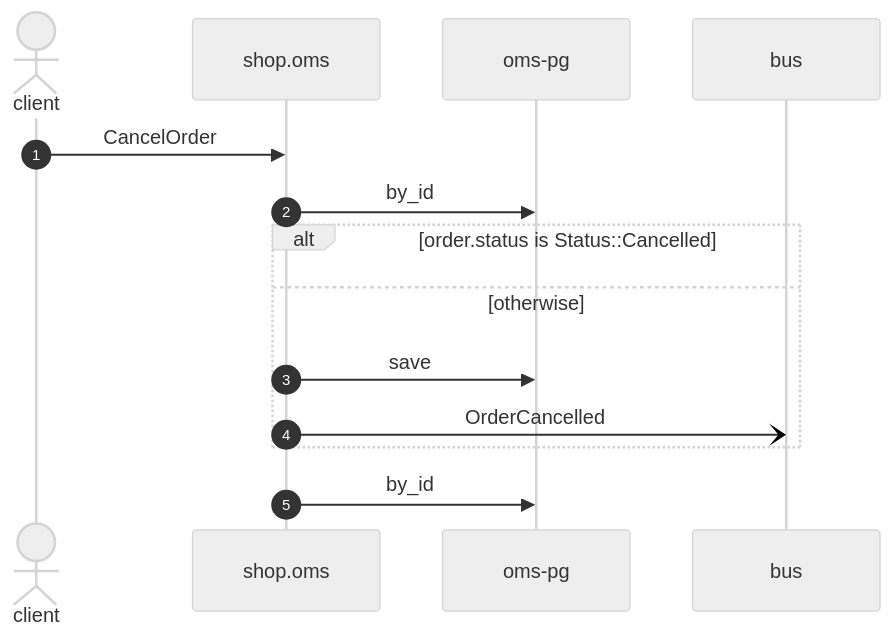
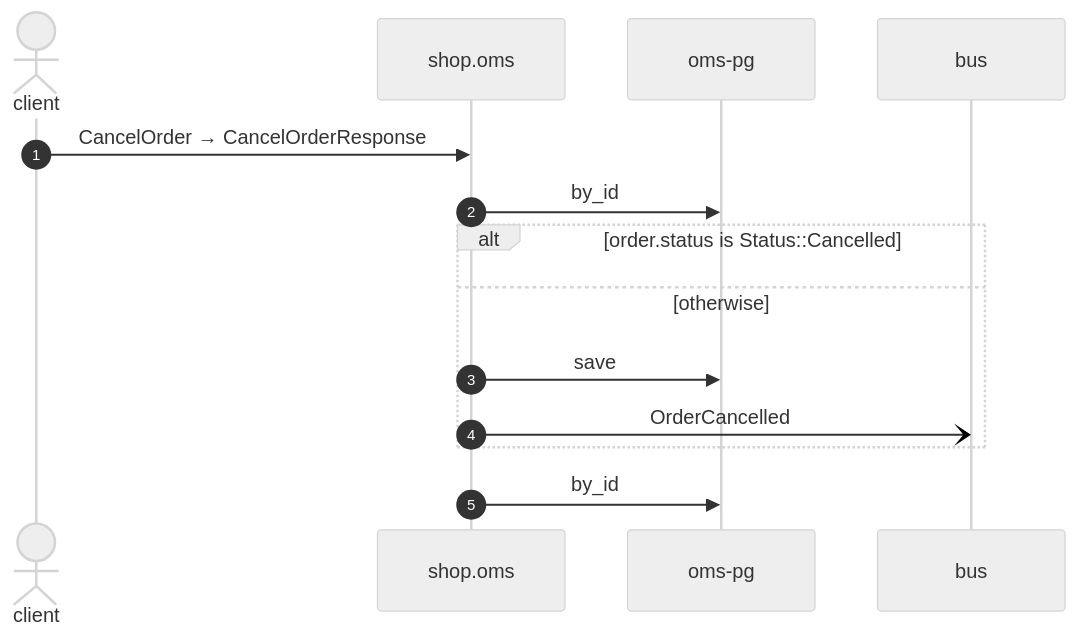
One commit to shortlink-org/portolan changed the diagram in docs/flows/oms-cancel-order.md. Above: the diagram before and after it, drawn with Mermaid (neutral theme). The commit also changed other lines of this file and 87 other files, not shown here.

````diff
--- a/docs/flows/oms-cancel-order.md
+++ b/docs/flows/oms-cancel-order.md
@@ -22,16 +22,16 @@
 ```mermaid
 sequenceDiagram
     autonumber
     actor p0 as client
     participant p1 as shop.oms
     participant p2 as oms-pg
     participant p3 as bus
-    p0->>p1: CancelOrder
+    p0->>p1: CancelOrder → CancelOrderResponse
     p1->>p2: by_id
     alt order.status is Status::Cancelled
     else otherwise
         p1->>p2: save
         p1-)p3: OrderCancelled
     end
     p1->>p2: by_id
 ```
````
